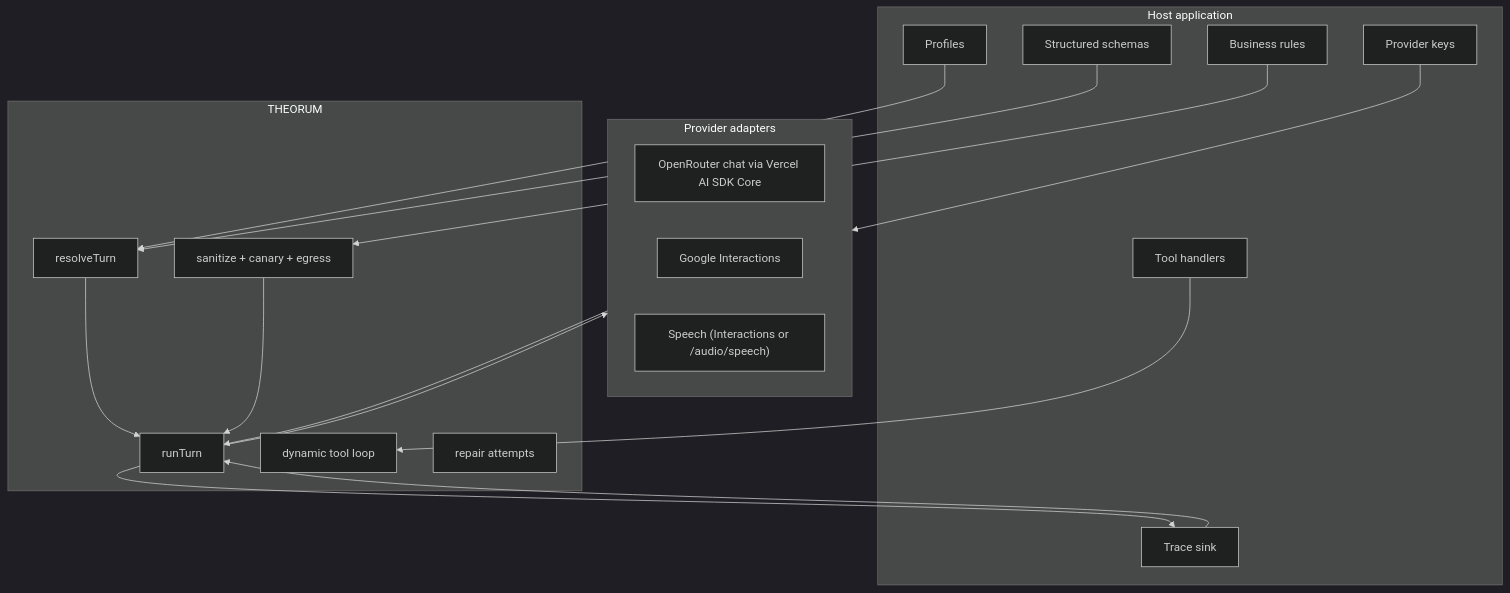
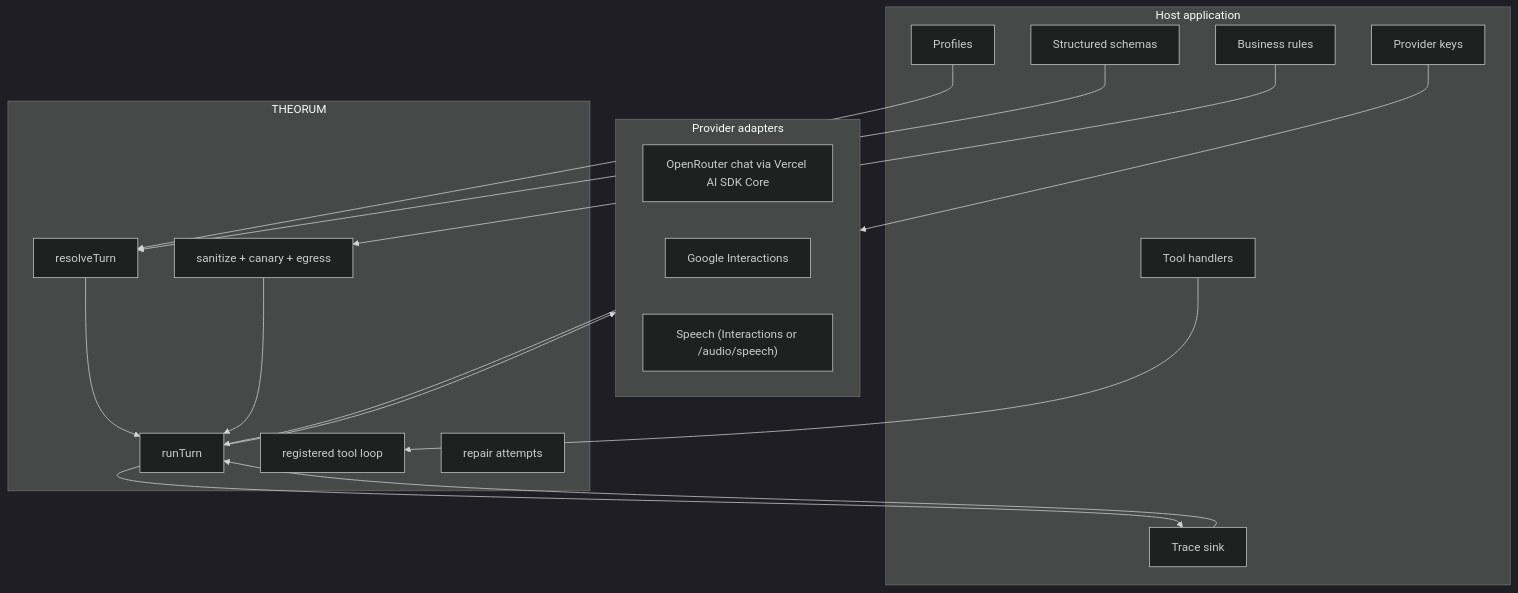
Before and after one commit to masudl-hub/theorum: the first of 2 diagrams in README.md, drawn with Mermaid (dark theme). The commit also changed other lines of this file and 129 other files, not shown here.

````diff
--- a/README.md
+++ b/README.md
@@ -49,37 +49,37 @@
 ```mermaid
 flowchart TD
     subgraph Host["Host application"]
         Profile["Profiles"]
         Schemas["Structured schemas"]
         Tools["Tool handlers"]
         Keys["Provider keys"]
         TraceSink["Trace sink"]
         Policy["Business rules"]
     end
 
     subgraph Kernel["THEORUM"]
         Resolve["resolveTurn"]
         Guard["sanitize + canary + egress"]
         Runner["runTurn"]
-        ToolLoop["dynamic tool loop"]
+        ToolLoop["registered tool loop"]
         Repair["repair attempts"]
     end
 
     subgraph Providers["Provider adapters"]
         OR["OpenRouter chat via Vercel AI SDK Core"]
         GI["Google Interactions"]
         Speech["Speech (Interactions or /audio/speech)"]
     end
 
     Profile --> Resolve
     Schemas --> Resolve
     Tools --> ToolLoop
     Keys --> Providers
     TraceSink --> Runner
     Policy --> Guard
     Resolve --> Runner
     Guard --> Runner
     Runner --> Providers
     Providers --> Runner
     Runner --> TraceSink
 ```
````
